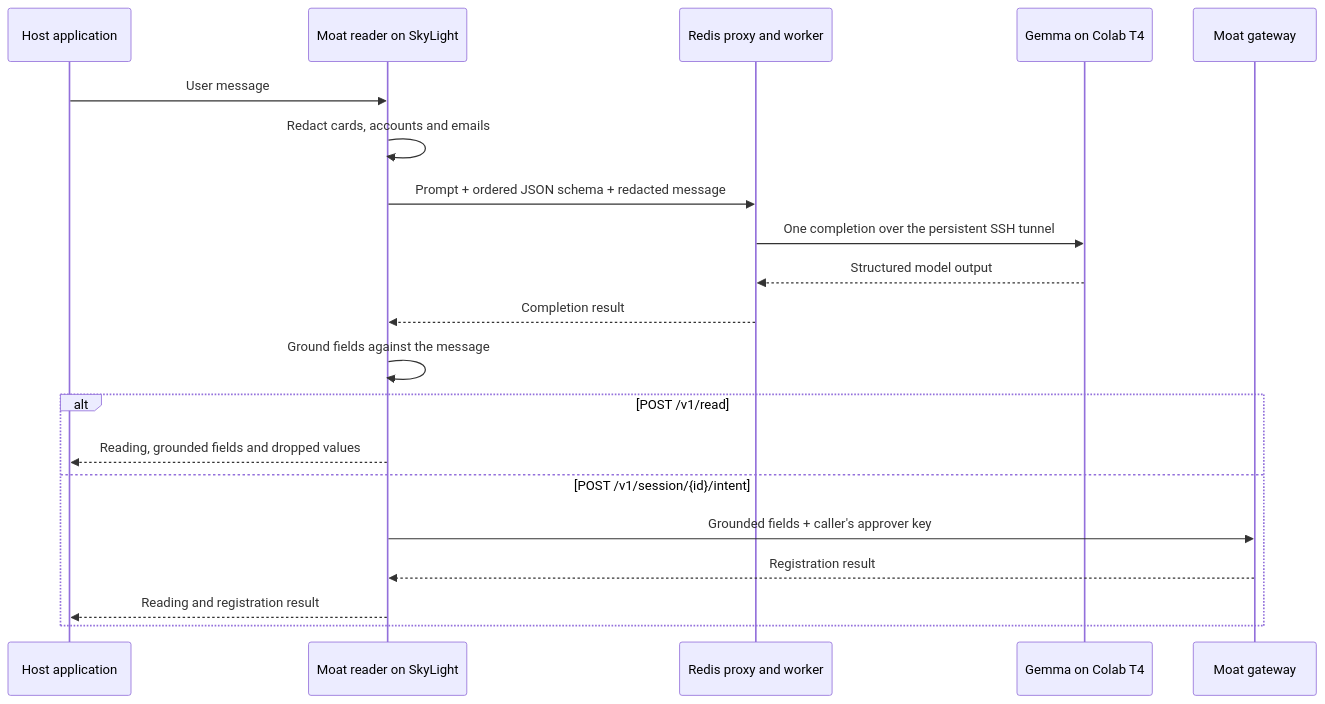
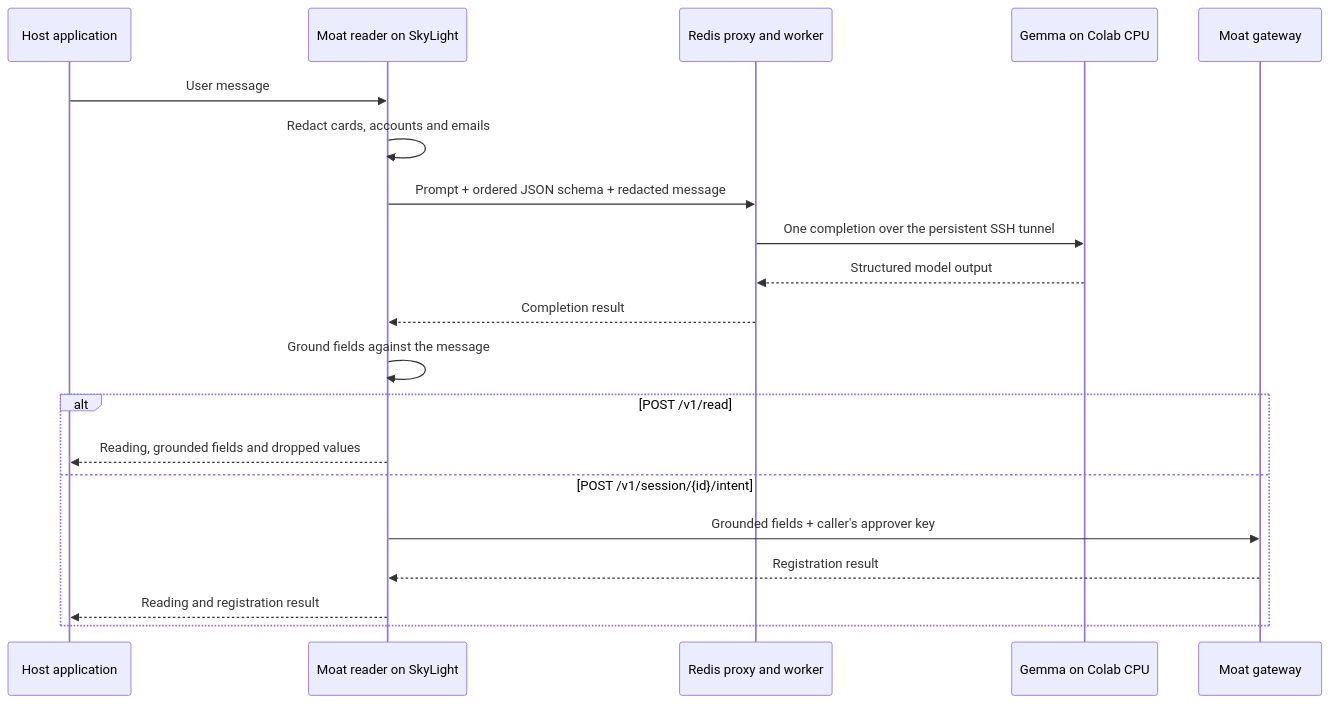
Before and after one commit to nadji40/moat-gateway: the diagram in research/intent-reader/colab-serving.md, drawn with Mermaid. The commit also changed other lines of this file and 5 other files, not shown here.

Commit message:
Serve Moat Gemma on Colab CPU when GPU unavailable

````diff
--- a/research/intent-reader/colab-serving.md
+++ b/research/intent-reader/colab-serving.md
@@ -10,22 +10,22 @@
 ```mermaid
 sequenceDiagram
     participant Host as Host application
     participant Reader as Moat reader on SkyLight
     participant Queue as Redis proxy and worker
-    participant Model as Gemma on Colab T4
+    participant Model as Gemma on Colab CPU
     participant Gateway as Moat gateway
     Host->>Reader: User message
     Reader->>Reader: Redact cards, accounts and emails
     Reader->>Queue: Prompt + ordered JSON schema + redacted message
     Queue->>Model: One completion over the persistent SSH tunnel
     Model-->>Queue: Structured model output
     Queue-->>Reader: Completion result
     Reader->>Reader: Ground fields against the message
     alt POST /v1/read
         Reader-->>Host: Reading, grounded fields and dropped values
     else POST /v1/session/{id}/intent
         Reader->>Gateway: Grounded fields + caller's approver key
         Gateway-->>Reader: Registration result
         Reader-->>Host: Reading and registration result
     end
 ```
````
